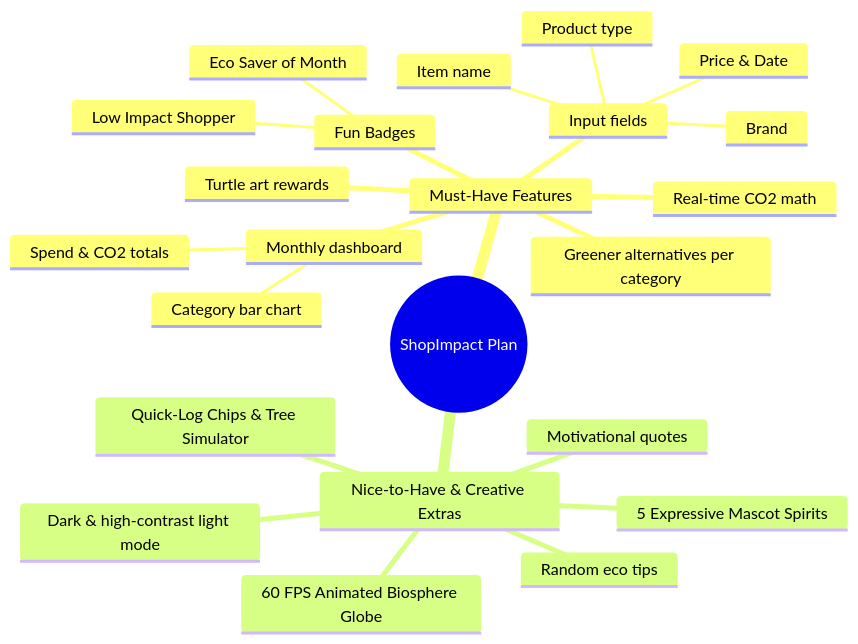
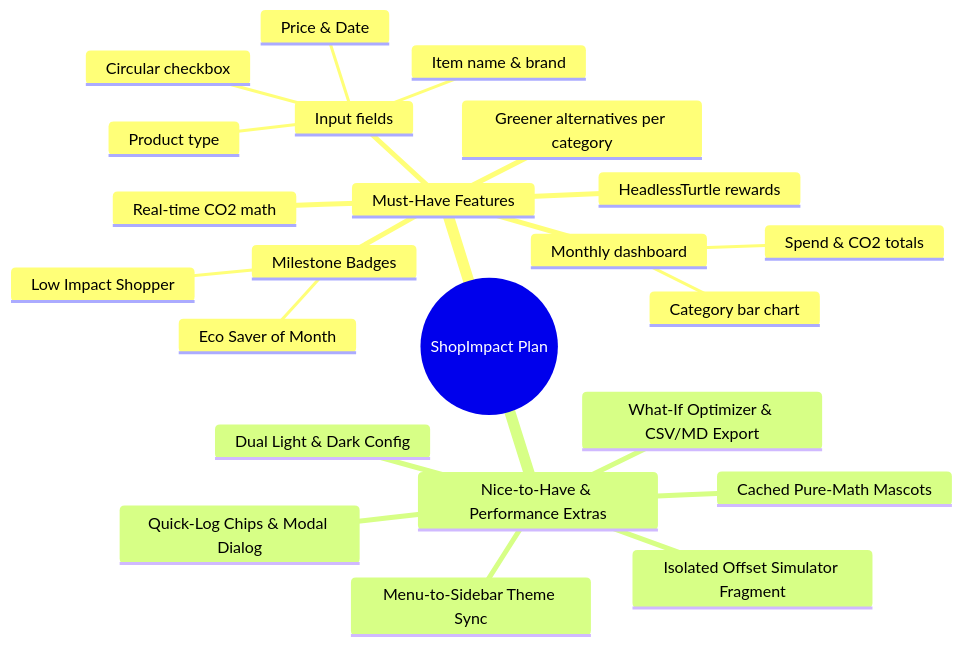
One commit to parthibcpana/IDAI102-1000544-PARTH-PARVINBHAI-GAJERA-SA changed the third of 8 diagrams in README.md. Above: the diagram before and after it, drawn with Mermaid. The commit also changed other lines of this file and 5 other files, not shown here.

Commit message:
perf(SA): cache SVG/PNG/CSS pipelines, add simulator fragment, upgrade README with custom animated SVGs

````diff
--- a/README.md
+++ b/README.md
@@ -94,26 +96,26 @@
 ```mermaid
 mindmap
   root((ShopImpact Plan))
     Must-Have Features
       Input fields
-        Item name
+        Item name & brand
         Product type
-        Brand
         Price & Date
+        Circular checkbox
       Real-time CO2 math
       Monthly dashboard
         Spend & CO2 totals
         Category bar chart
-      Fun Badges
+      Milestone Badges
         Eco Saver of Month
         Low Impact Shopper
       Greener alternatives per category
-      Turtle art rewards
-    Nice-to-Have & Creative Extras
-      Random eco tips
-      Dark & high-contrast light mode
-      Motivational quotes
-      60 FPS Animated Biosphere Globe
-      5 Expressive Mascot Spirits
-      Quick-Log Chips & Tree Simulator
+      HeadlessTurtle rewards
+    Nice-to-Have & Performance Extras
+      Dual Light & Dark Config
+      Menu-to-Sidebar Theme Sync
+      Cached Pure-Math Mascots
+      Quick-Log Chips & Modal Dialog
+      Isolated Offset Simulator Fragment
+      What-If Optimizer & CSV/MD Export
 ```
````
